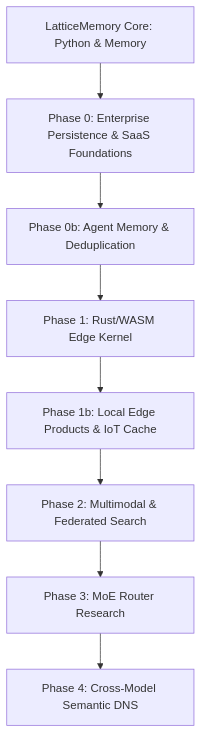
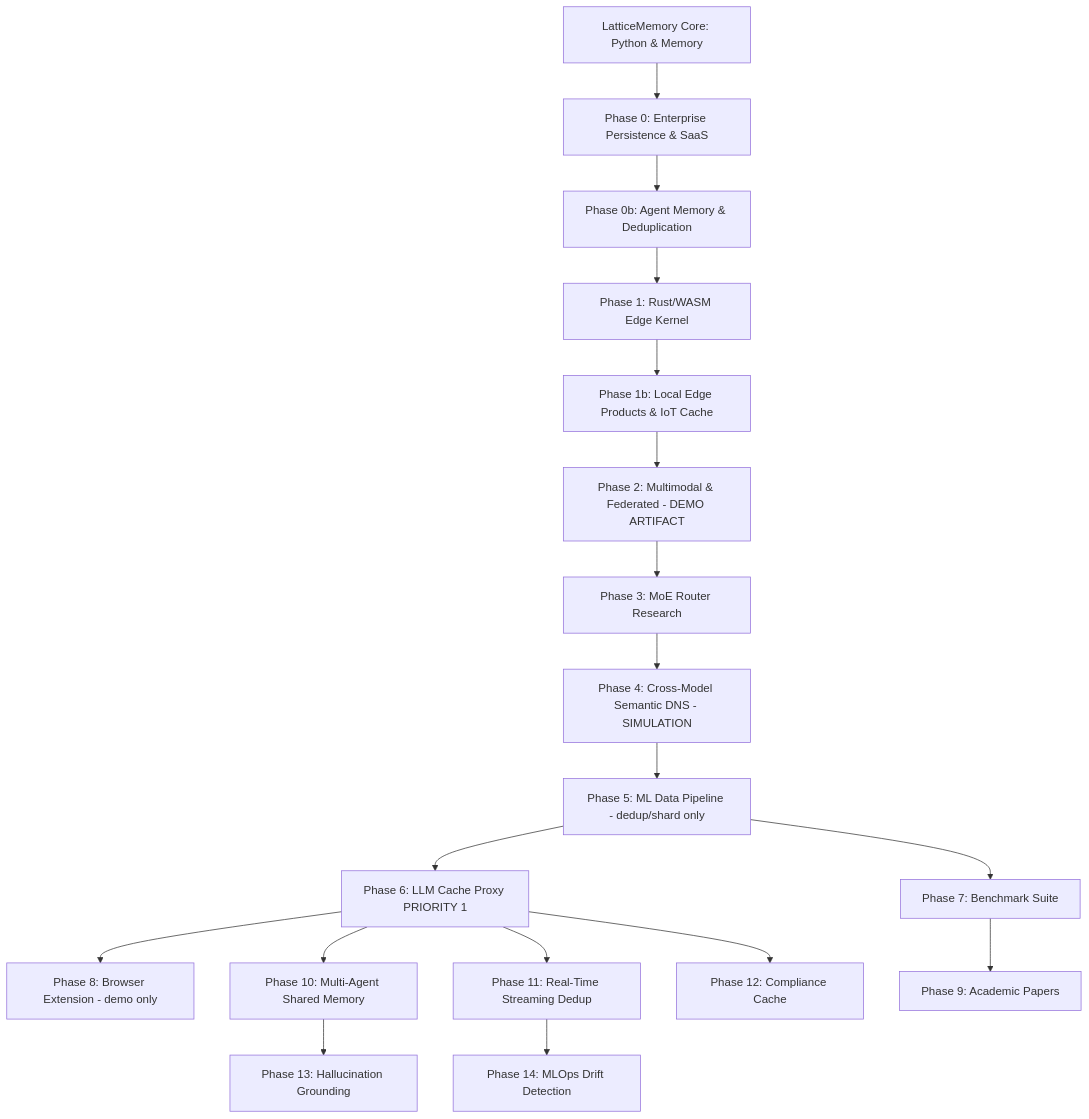
Before and after one commit to sangmorg1-debug/latticememory: the diagram in docs/product_roadmap.md, drawn with Mermaid. The commit also changed other lines of this file and 4 other files, not shown here.

Commit message:
docs: align gen2 and product roadmaps with updated findings, add warnings to examples, and add semantic cache benchmark

````diff
--- a/docs/product_roadmap.md
+++ b/docs/product_roadmap.md
@@ -11,10 +11,20 @@
 ```mermaid
 graph TD
-    A[LatticeMemory Core: Python & Memory] --> B0[Phase 0: Enterprise Persistence & SaaS Foundations]
+    A[LatticeMemory Core: Python & Memory] --> B0[Phase 0: Enterprise Persistence & SaaS]
     B0 --> B0b[Phase 0b: Agent Memory & Deduplication]
     B0b --> B1[Phase 1: Rust/WASM Edge Kernel]
     B1 --> B1b[Phase 1b: Local Edge Products & IoT Cache]
-    B1b --> B2[Phase 2: Multimodal & Federated Search]
+    B1b --> B2[Phase 2: Multimodal & Federated - DEMO ARTIFACT]
     B2 --> B3[Phase 3: MoE Router Research]
-    B3 --> B4[Phase 4: Cross-Model Semantic DNS]
+    B3 --> B4[Phase 4: Cross-Model Semantic DNS - SIMULATION]
+    B4 --> B5[Phase 5: ML Data Pipeline - dedup/shard only]
+    B5 --> B6[Phase 6: LLM Cache Proxy PRIORITY 1]
+    B5 --> B7[Phase 7: Benchmark Suite]
+    B6 --> B8[Phase 8: Browser Extension - demo only]
+    B7 --> B9[Phase 9: Academic Papers]
+    B6 --> B10[Phase 10: Multi-Agent Shared Memory]
+    B6 --> B11[Phase 11: Real-Time Streaming Dedup]
+    B6 --> B12[Phase 12: Compliance Cache]
+    B10 --> B13[Phase 13: Hallucination Grounding]
+    B11 --> B14[Phase 14: MLOps Drift Detection]
 ```
````
